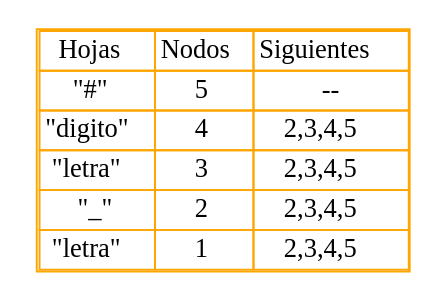
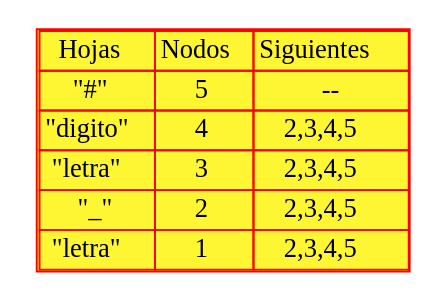
The diagram in src/SIGUIENTES_201902502/identificador.dot (Desconocido502/OLC1-proyecto1-201902502), drawn with Graphviz before and after one commit. The commit also changed 77 other files, not shown here.

```diff
--- a/src/SIGUIENTES_201902502/identificador.dot
+++ b/src/SIGUIENTES_201902502/identificador.dot
@@ -1,14 +1,14 @@
 digraph G{
 tbl [
 shape=plaintext
 label=<
-<table color='orange' cellspacing='0'>
+<table color='red' cellspacing='0' bgcolor="#FFF633">
 <tr><td>Hojas</td><td>Nodos</td><td>Siguientes</td></tr>
 <tr><td>"#"</td><td>5</td><td>--</td></tr>
 <tr><td>"digito"</td><td>4</td><td>2,3,4,5</td></tr>
 <tr><td>"letra"</td><td>3</td><td>2,3,4,5</td></tr>
 <tr><td>"_"</td><td>2</td><td>2,3,4,5</td></tr>
 <tr><td>"letra"</td><td>1</td><td>2,3,4,5</td></tr>
 </table>
 >];
 }
```
